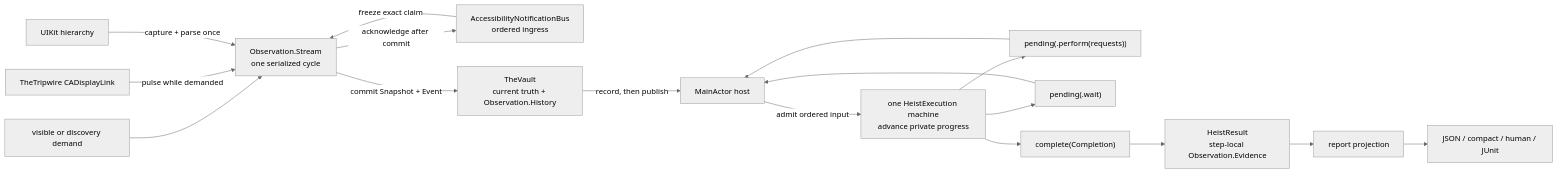
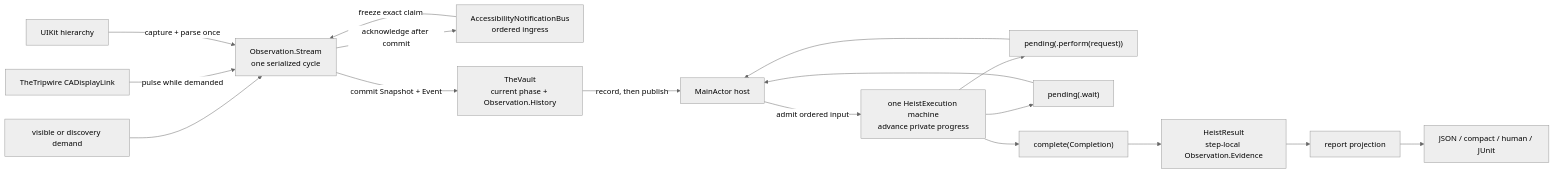
The diagram in docs/diagrams/observation-pipeline.md (RoyalPineapple/TheButtonHeist), drawn with Mermaid (neutral theme) before and after one commit. The commit also changed other lines of this file and 34 other files, not shown here.

First line of the commit message:
Compress result, execution, observation, and Vault state (#1409)

````diff
--- a/docs/diagrams/observation-pipeline.md
+++ b/docs/diagrams/observation-pipeline.md
@@ -9,19 +9,19 @@
 ```mermaid
 flowchart LR
     Demand["visible or discovery demand"] --> Stream["Observation.Stream<br/>one serialized cycle"]
     Link["TheTripwire CADisplayLink"] -->|"pulse while demanded"| Stream
     Notice["AccessibilityNotificationBus<br/>ordered ingress"] -->|"freeze exact claim"| Stream
     UIKit["UIKit hierarchy"] -->|"capture + parse once"| Stream
-    Stream -->|"commit Snapshot + Event"| Vault["TheVault<br/>current truth + Observation.History"]
+    Stream -->|"commit Snapshot + Event"| Vault["TheVault<br/>current phase + Observation.History"]
     Vault -->|"record, then publish"| Host["MainActor host"]
     Host -->|"admit ordered input"| Machine["one HeistExecution machine<br/>advance private progress"]
-    Machine --> Perform["pending(.perform(requests))"]
+    Machine --> Perform["pending(.perform(request))"]
     Machine --> Wait["pending(.wait)"]
     Machine --> Complete["complete(Completion)"]
     Perform --> Host
     Wait --> Host
     Complete --> Result["HeistResult<br/>step-local Observation.Evidence"]
     Result --> Report["report projection"]
     Report --> Render["JSON / compact / human / JUnit"]
     Stream -->|"acknowledge after commit"| Notice
 ```
````
